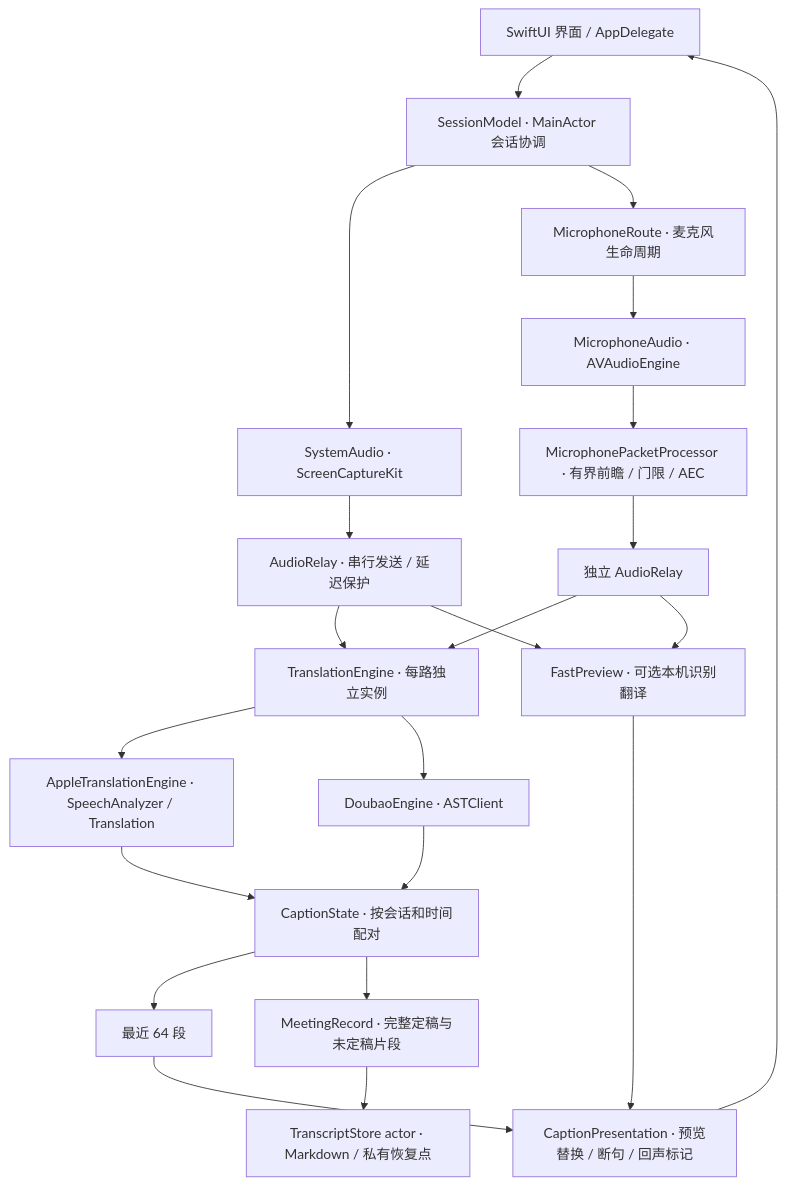
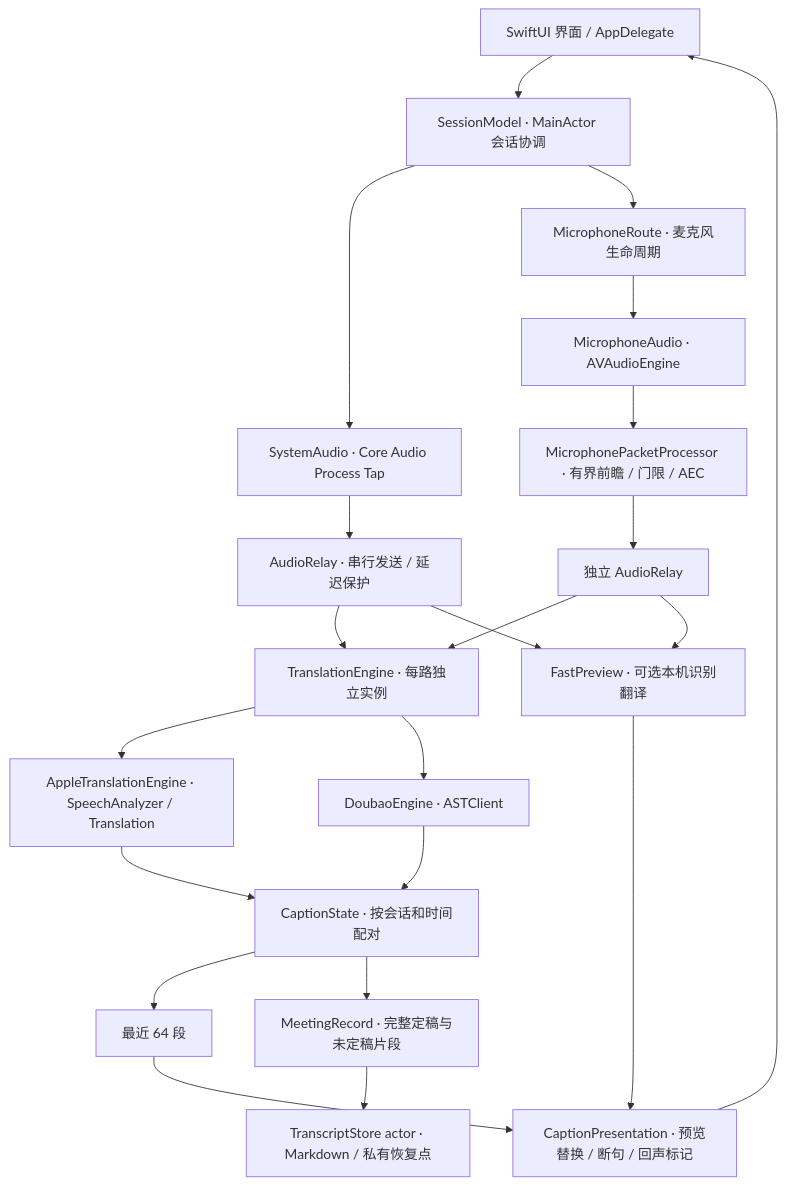
The diagram in docs/architecture.md (jinhan261/talkfloat), drawn with Mermaid before and after one commit. The commit also changed other lines of this file and 16 other files, not shown here.

Commit message:
Use Core Audio taps for audio-only system capture

````diff
--- a/docs/architecture.md
+++ b/docs/architecture.md
@@ -5,24 +5,24 @@
 ```mermaid
 flowchart TD
     UI[SwiftUI 界面 / AppDelegate] --> Session[SessionModel · MainActor 会话协调]
-    System[SystemAudio · ScreenCaptureKit] --> Relay[AudioRelay · 串行发送 / 延迟保护]
+    System[SystemAudio · Core Audio Process Tap] --> Relay[AudioRelay · 串行发送 / 延迟保护]
     Mic[MicrophoneAudio · AVAudioEngine] --> Processor[MicrophonePacketProcessor · 有界前瞻 / 门限 / AEC]
     Processor --> MicRelay[独立 AudioRelay]
     Relay --> Engine[TranslationEngine · 每路独立实例]
     MicRelay --> Engine
     Engine --> Local[AppleTranslationEngine · SpeechAnalyzer / Translation]
     Engine --> AST[DoubaoEngine · ASTClient]
     Session --> System
     Session --> Route[MicrophoneRoute · 麦克风生命周期]
     Route --> Mic
     AST --> State[CaptionState · 按会话和时间配对]
     Local --> State
     State --> Recent[最近 64 段]
     Recent --> Presentation[CaptionPresentation · 预览替换 / 断句 / 回声标记]
     Presentation --> UI
     State --> Record[MeetingRecord · 完整定稿与未定稿片段]
     Record --> Store[TranscriptStore actor · Markdown / 私有恢复点]
     Relay --> Preview[FastPreview · 可选本机识别翻译]
     MicRelay --> Preview
     Preview --> Presentation
 ```
````
